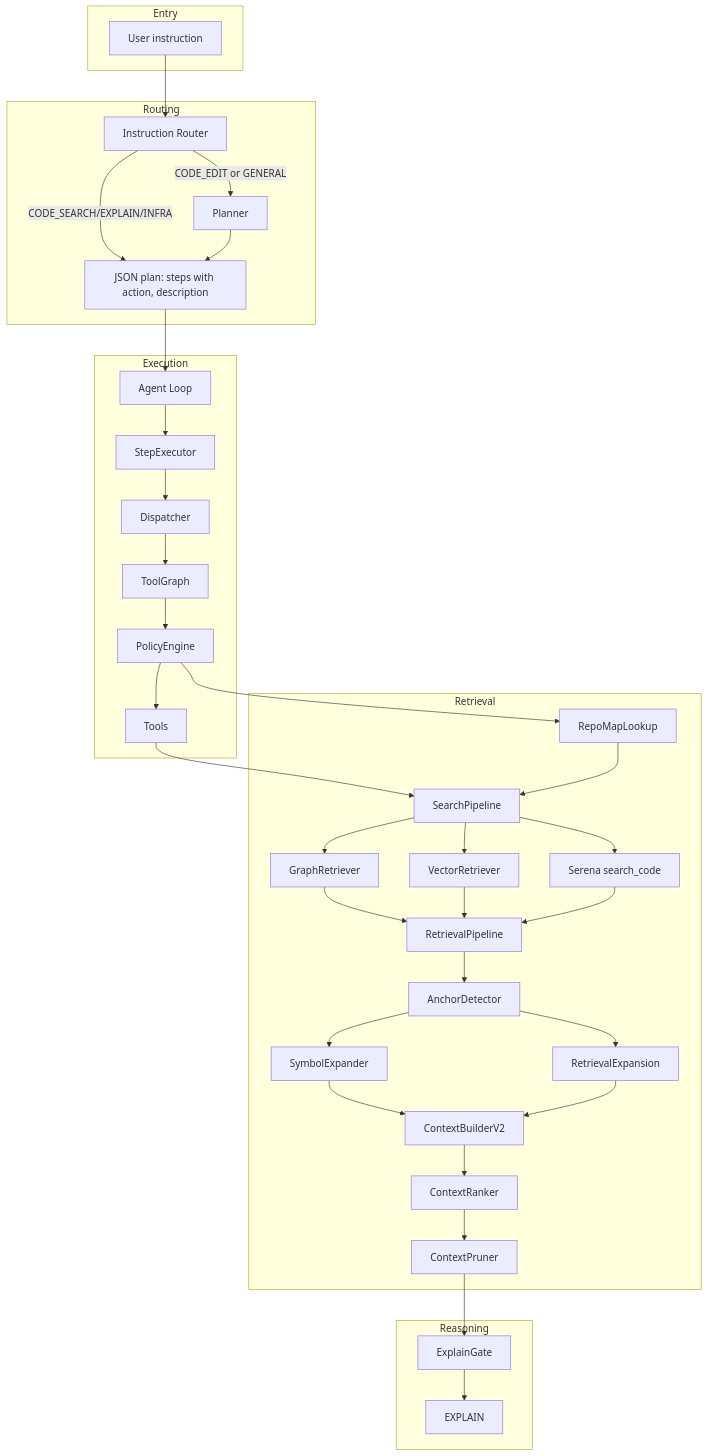
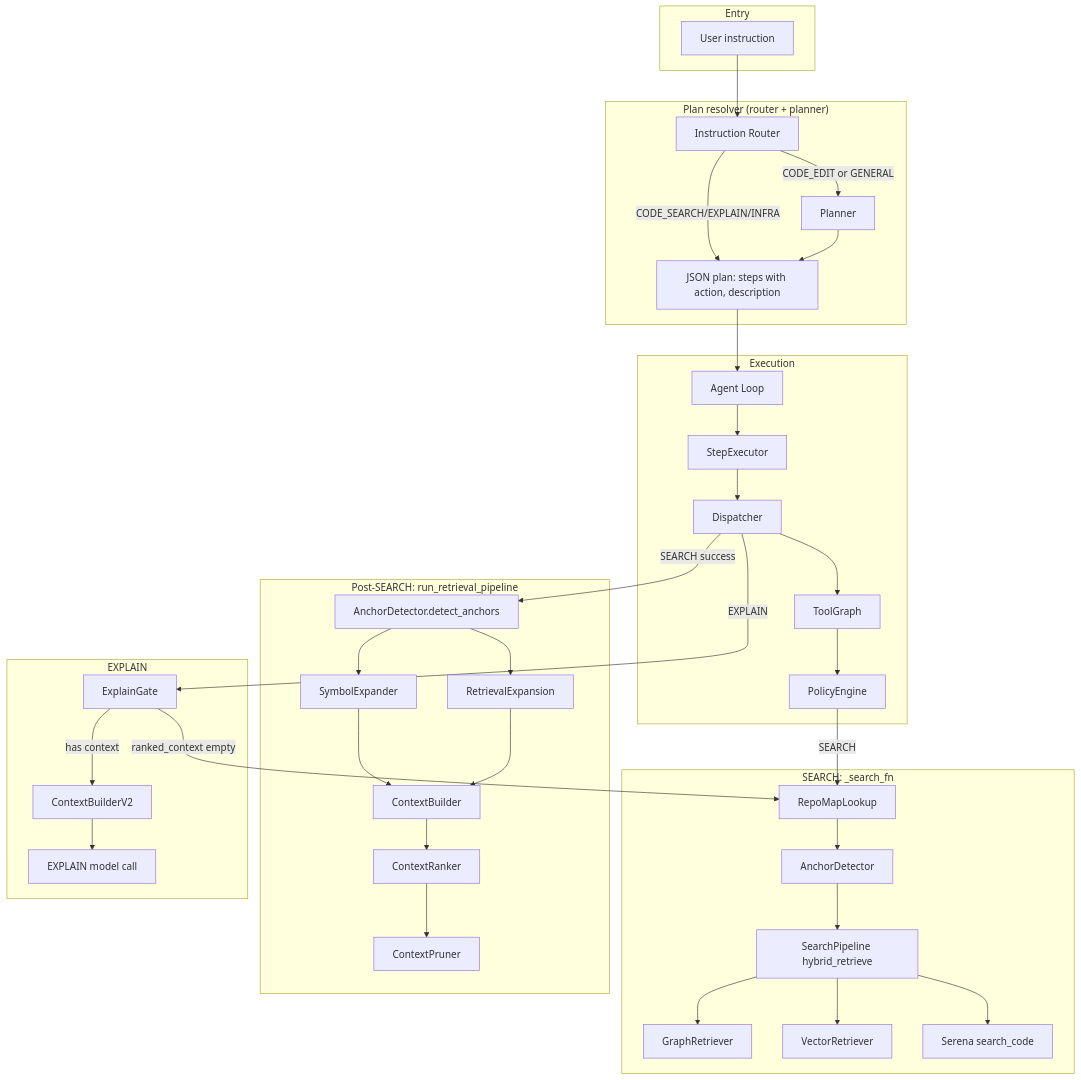
One commit to Pugsy-Explores/AutoStudio changed the diagram in README.md. Above: the diagram before and after it, drawn with Mermaid. The commit also changed other lines of this file and 4 other files, not shown here.

First line of the commit message:
docs: update diagrams and workflows to match current implementation

````diff
--- a/README.md
+++ b/README.md
@@ -30,70 +30,71 @@
 ```mermaid
 flowchart TB
     subgraph Entry
         User[User instruction]
     end
 
-    subgraph Routing
+    subgraph PlanResolver["Plan resolver (router + planner)"]
         InstructionRouter[Instruction Router]
         Planner[Planner]
         Plan[JSON plan: steps with action, description]
     end
 
     subgraph Execution
         Loop[Agent Loop]
         Exec[StepExecutor]
         Dispatch[Dispatcher]
         ToolGraph[ToolGraph]
         Policy[PolicyEngine]
-        Tools[Tools]
     end
 
-    subgraph Retrieval
+    subgraph SearchPath["SEARCH: _search_fn"]
         RepoMapLookup[RepoMapLookup]
-        SearchPipeline[SearchPipeline]
+        AnchorDetector1[AnchorDetector]
+        SearchPipeline[SearchPipeline hybrid_retrieve]
         GraphRetriever[GraphRetriever]
         VectorRetriever[VectorRetriever]
         SerenaGrep[Serena search_code]
-        RetrievalPipeline[RetrievalPipeline]
-        AnchorDetector[AnchorDetector]
+    end
+
+    subgraph PostSearch["Post-SEARCH: run_retrieval_pipeline"]
+        AnchorDetector2[AnchorDetector.detect_anchors]
         SymbolExpander[SymbolExpander]
         Expand[RetrievalExpansion]
-        ContextBuilder[ContextBuilderV2]
+        ContextBuilder[ContextBuilder]
         Ranker[ContextRanker]
         Pruner[ContextPruner]
     end
 
-    subgraph Reasoning
+    subgraph ExplainPath["EXPLAIN"]
         ExplainGate[ExplainGate]
-        Explain[EXPLAIN]
+        ContextBuilderV2[ContextBuilderV2]
+        Explain[EXPLAIN model call]
     end
 
     User --> InstructionRouter
     InstructionRouter -->|CODE_EDIT or GENERAL| Planner
     InstructionRouter -->|CODE_SEARCH/EXPLAIN/INFRA| Plan
     Planner --> Plan
     Plan --> Loop
     Loop --> Exec
     Exec --> Dispatch
     Dispatch --> ToolGraph
     ToolGraph --> Policy
-    Policy --> Tools
-    Policy --> RepoMapLookup
-    Tools --> SearchPipeline
-    RepoMapLookup --> SearchPipeline
+    Policy -->|SEARCH| RepoMapLookup
+    RepoMapLookup --> AnchorDetector1
+    AnchorDetector1 --> SearchPipeline
     SearchPipeline --> GraphRetriever
     SearchPipeline --> VectorRetriever
     SearchPipeline --> SerenaGrep
-    GraphRetriever --> RetrievalPipeline
-    VectorRetriever --> RetrievalPipeline
-    SerenaGrep --> RetrievalPipeline
-    RetrievalPipeline --> AnchorDetector
-    AnchorDetector --> SymbolExpander
-    AnchorDetector --> Expand
+    Dispatch -->|SEARCH success| AnchorDetector2
+    AnchorDetector2 --> SymbolExpander
+    AnchorDetector2 --> Expand
     SymbolExpander --> ContextBuilder
     Expand --> ContextBuilder
     ContextBuilder --> Ranker
     Ranker --> Pruner
-    Pruner --> ExplainGate
-    ExplainGate --> Explain
+    Dispatch -->|EXPLAIN| ExplainGate
+    ExplainGate -->|ranked_context empty| RepoMapLookup
+    ExplainGate -->|has context| ContextBuilderV2
+    ContextBuilderV2 --> Explain
 ```
````
